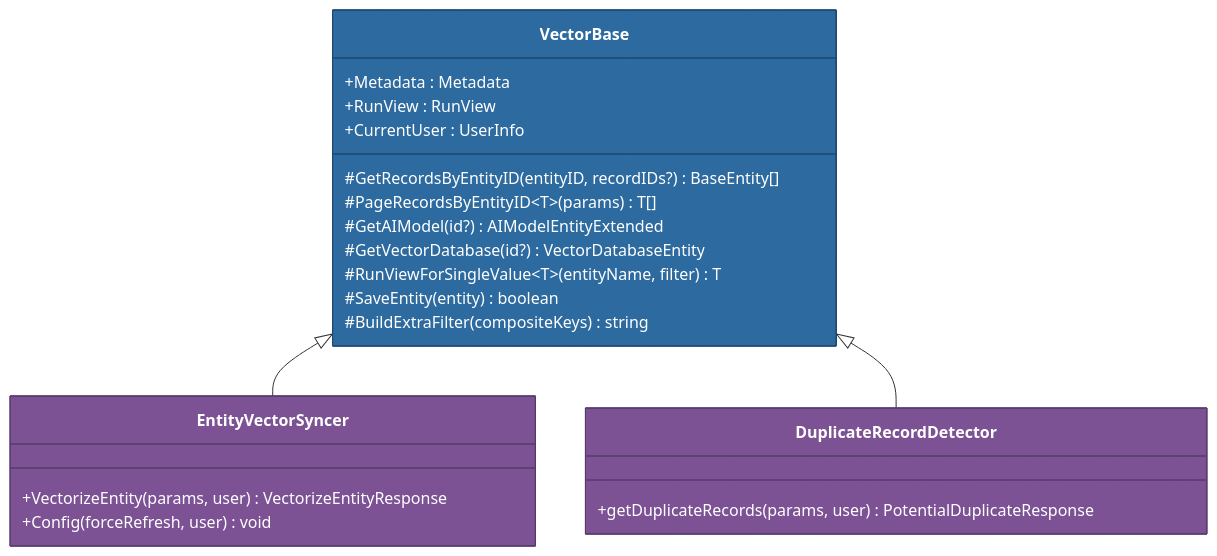
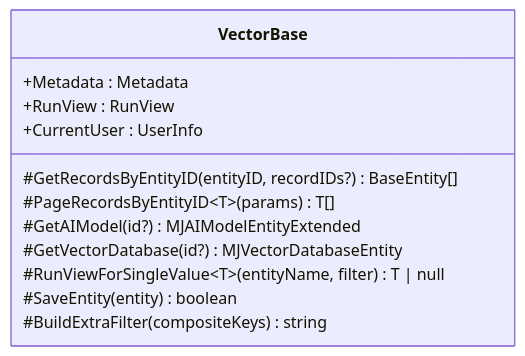
The second of 2 diagrams in packages/AI/Vectors/Core/README.md (MemberJunction/MJ), drawn with Mermaid before and after one commit. The commit also changed other lines of this file and 32 other files, not shown here.

First line of the commit message:
feat: Modernize vector duplicate detection, add shared text processing, UI mockups

````diff
--- a/packages/AI/Vectors/Core/README.md
+++ b/packages/AI/Vectors/Core/README.md
@@ -72,31 +271,15 @@
 ```mermaid
 classDiagram
     class VectorBase {
         +Metadata : Metadata
         +RunView : RunView
         +CurrentUser : UserInfo
         #GetRecordsByEntityID(entityID, recordIDs?) BaseEntity[]
         #PageRecordsByEntityID~T~(params) T[]
-        #GetAIModel(id?) AIModelEntityExtended
-        #GetVectorDatabase(id?) VectorDatabaseEntity
-        #RunViewForSingleValue~T~(entityName, filter) T
+        #GetAIModel(id?) MJAIModelEntityExtended
+        #GetVectorDatabase(id?) MJVectorDatabaseEntity
+        #RunViewForSingleValue~T~(entityName, filter) T | null
         #SaveEntity(entity) boolean
         #BuildExtraFilter(compositeKeys) string
     }
-
-    class EntityVectorSyncer {
-        +VectorizeEntity(params, user) VectorizeEntityResponse
-        +Config(forceRefresh, user) void
-    }
-
-    class DuplicateRecordDetector {
-        +getDuplicateRecords(params, user) PotentialDuplicateResponse
-    }
-
-    VectorBase <|-- EntityVectorSyncer
-    VectorBase <|-- DuplicateRecordDetector
-
-    style VectorBase fill:#2d6a9f,stroke:#1a4971,color:#fff
-    style EntityVectorSyncer fill:#7c5295,stroke:#563a6b,color:#fff
-    style DuplicateRecordDetector fill:#7c5295,stroke:#563a6b,color:#fff
 ```
````
